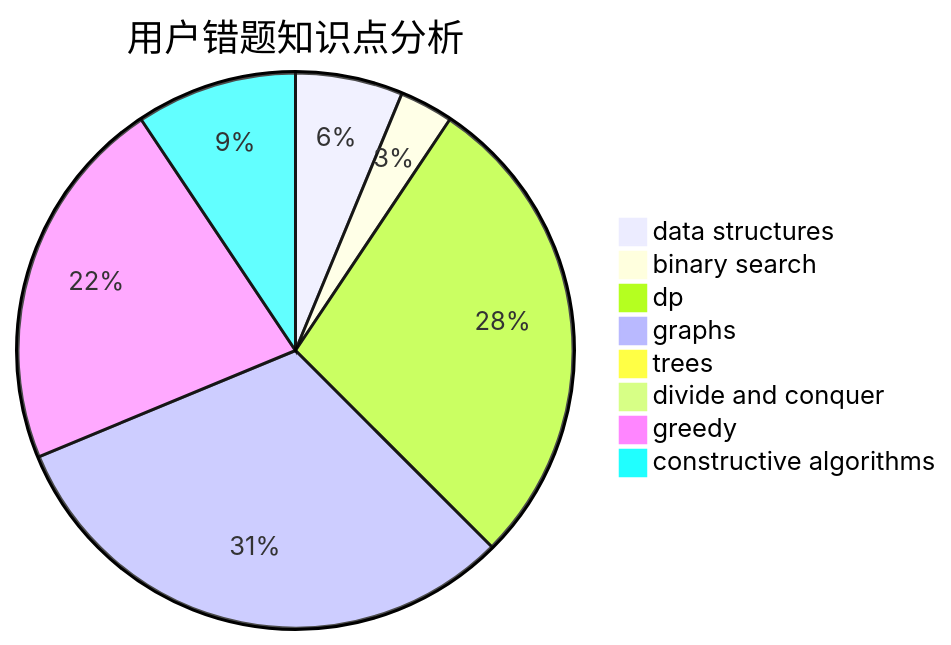
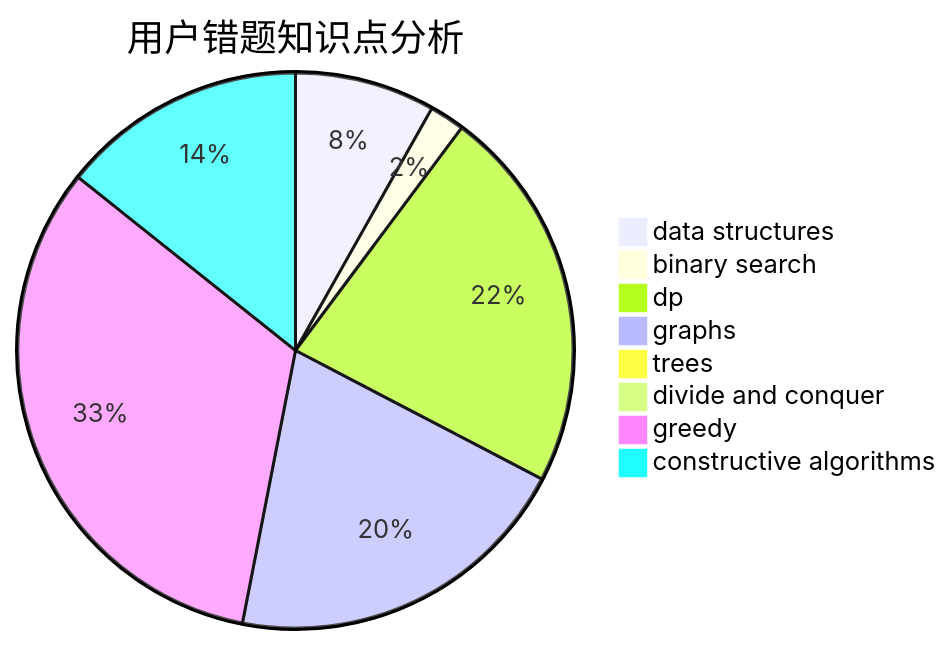
Before and after one commit to sherpahu/cfrs.github.io: the third of 3 diagrams in docs/user/u785.md, drawn with Mermaid. The commit also changed other lines of this file and 2770 other files, not shown here.

````diff
--- a/docs/user/u785.md
+++ b/docs/user/u785.md
@@ -36,11 +36,11 @@
 ```mermaid
 pie title 用户错题知识点分析
-    "data structures" :  2
+    "data structures" :  4
     "binary search" :  1
-    "dp" :  9
+    "dp" :  11
     "graphs" :  10
     "trees" :  0
     "divide and conquer" :  0
-    "greedy" :  7
-    "constructive algorithms" :  3
+    "greedy" :  16
+    "constructive algorithms" :  7
 ```
````
